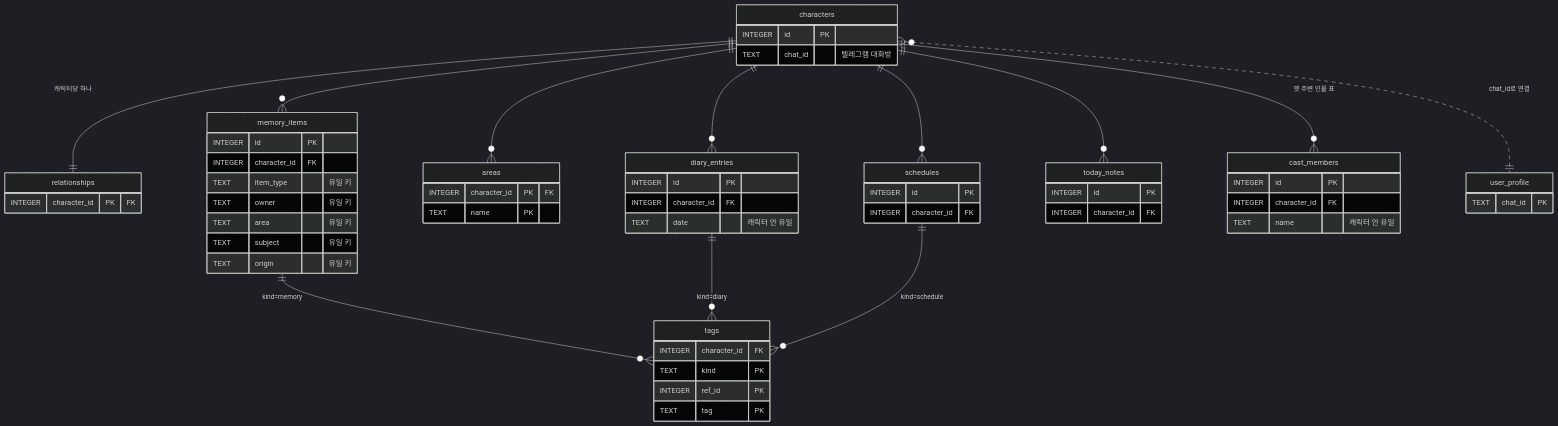
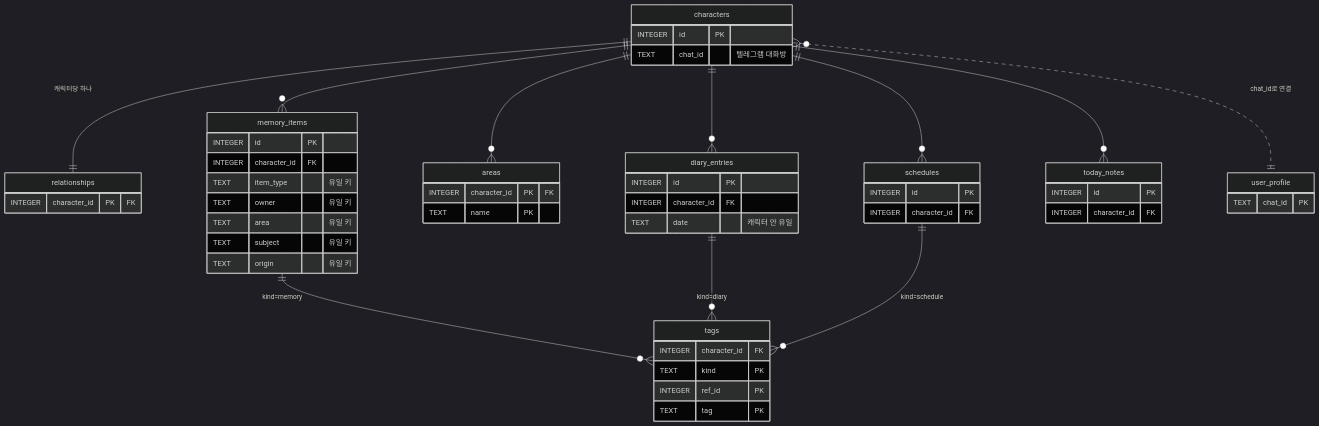
One commit to hyewon3938/random-ai-companion changed the first of 3 diagrams in erd.md. Above: the diagram before and after it, drawn with Mermaid (dark theme). The commit also changed other lines of this file and 4 other files, not shown here.

````diff
--- a/erd.md
+++ b/erd.md
@@ -17,62 +17,56 @@
 ```mermaid
 erDiagram
     characters ||--|| relationships : "캐릭터당 하나"
     characters ||--o{ memory_items : ""
     characters ||--o{ areas : ""
     characters ||--o{ schedules : ""
     characters ||--o{ diary_entries : ""
     characters ||--o{ today_notes : ""
-    characters ||--o{ cast_members : "옛 주변 인물 표"
     memory_items ||--o{ tags : "kind=memory"
     diary_entries ||--o{ tags : "kind=diary"
     schedules ||--o{ tags : "kind=schedule"
     characters }o..|| user_profile : "chat_id로 연결"
 
     characters {
         INTEGER id PK
         TEXT chat_id "텔레그램 대화방"
     }
     relationships {
         INTEGER character_id PK "FK"
     }
     memory_items {
         INTEGER id PK
         INTEGER character_id FK
         TEXT item_type "유일 키"
         TEXT owner "유일 키"
         TEXT area "유일 키"
         TEXT subject "유일 키"
         TEXT origin "유일 키"
     }
     tags {
         INTEGER character_id FK
         TEXT kind PK
         INTEGER ref_id PK
         TEXT tag PK
     }
     areas {
         INTEGER character_id PK "FK"
         TEXT name PK
     }
     today_notes {
         INTEGER id PK
         INTEGER character_id FK
     }
     schedules {
         INTEGER id PK
         INTEGER character_id FK
     }
     diary_entries {
         INTEGER id PK
         INTEGER character_id FK
         TEXT date "캐릭터 안 유일"
     }
-    cast_members {
-        INTEGER id PK
-        INTEGER character_id FK
-        TEXT name "캐릭터 안 유일"
-    }
     user_profile {
         TEXT chat_id PK
     }
 ```
````
